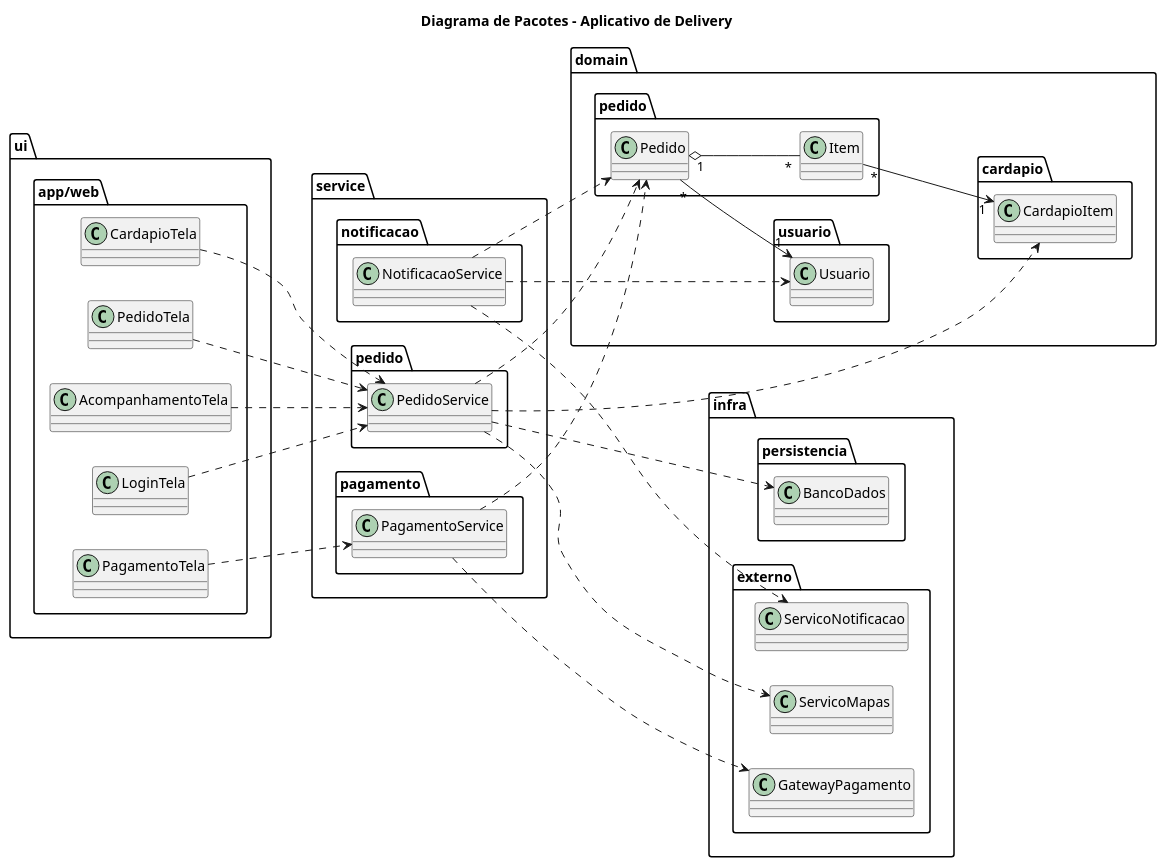
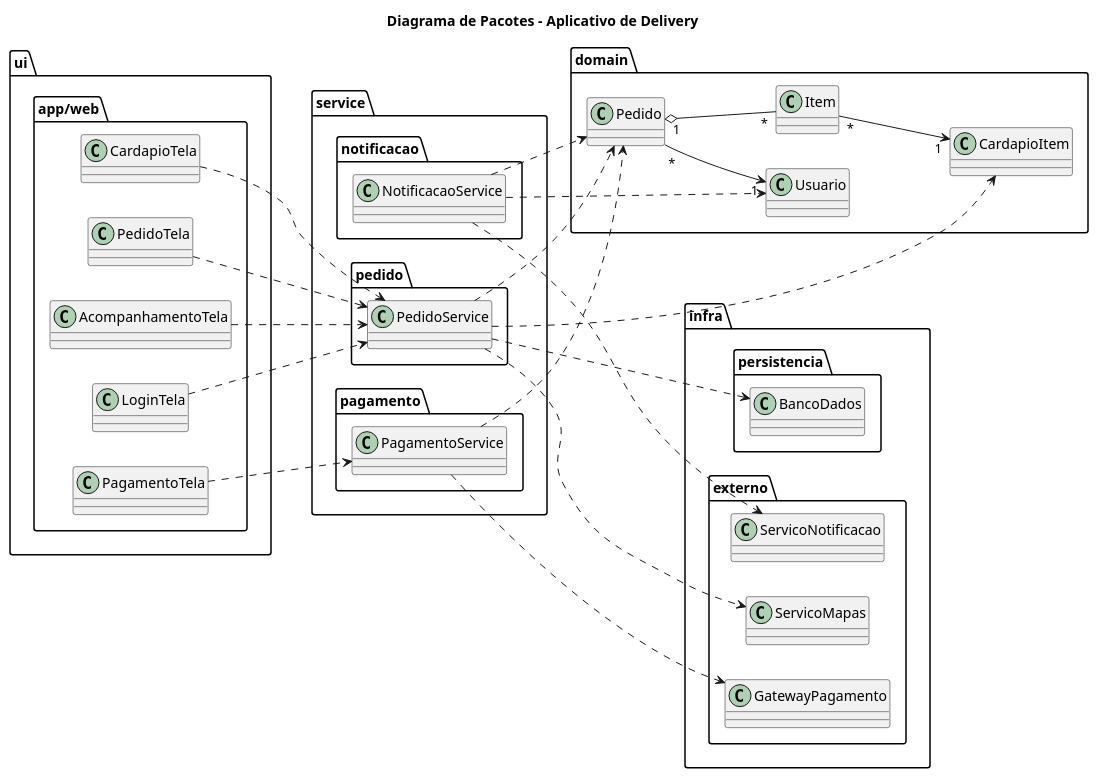
The diagram in 08-UML-Componentes-&-Pacotes/uml_pacotes.puml (Gabriel-Crdz/AnaliseModelagem-II), drawn with PlantUML before and after one commit. The commit also changed 3 other files, not shown here.

```diff
--- a/08-UML-Componentes-&-Pacotes/uml_pacotes.puml
+++ b/08-UML-Componentes-&-Pacotes/uml_pacotes.puml
@@ -1,87 +1,79 @@
 @startuml
 title Diagrama de Pacotes - Aplicativo de Delivery
 
 left to right direction
 
 package "ui" {
 
     package "app/web" {
         class LoginTela
         class CardapioTela
         class PedidoTela
         class PagamentoTela
         class AcompanhamentoTela
     }
 }
 
 package "domain" {
+  class Usuario
+  class Pedido
+  class Item
+  class CardapioItem
 
-    package "usuario" {
-        class Usuario
-    }
-
-    package "pedido" {
-        class Pedido
-        class Item
-    }
-
-    package "cardapio" {
-        class CardapioItem
-    }
 }
 
 package "service" {
 
     package "pedido" {
         class PedidoService
     }
 
     package "pagamento" {
         class PagamentoService
     }
 
     package "notificacao" {
         class NotificacaoService
     }
 }
 
 package "infra" {
 
     package "persistencia" {
         class BancoDados
     }
 
     package "externo" {
         class GatewayPagamento
         class ServicoMapas
         class ServicoNotificacao
     }
 }
 
 ' DEPENDÊNCIAS
 LoginTela ...> PedidoService
 CardapioTela ...> PedidoService
 PedidoTela ...> PedidoService
 PagamentoTela ...> PagamentoService
 AcompanhamentoTela ...> PedidoService
 
 PedidoService ..> Pedido
 PedidoService ..> CardapioItem
 
 PagamentoService ..> Pedido
 NotificacaoService ..> Pedido
 NotificacaoService ..> Usuario
 
 PedidoService ...> BancoDados
 PedidoService ...> ServicoMapas
 
 PagamentoService ..> GatewayPagamento
 NotificacaoService ..> ServicoNotificacao
 
 
 ' RELACIONAMENTOS
 Pedido "1" o-- "*" Item
 Item "*" --> "1" CardapioItem
 Pedido "*" --> "1" Usuario
 
 @enduml
```
